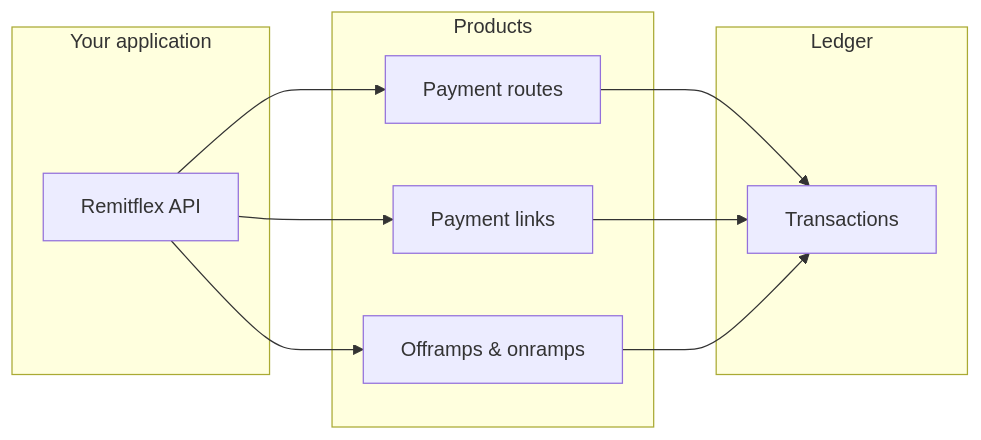
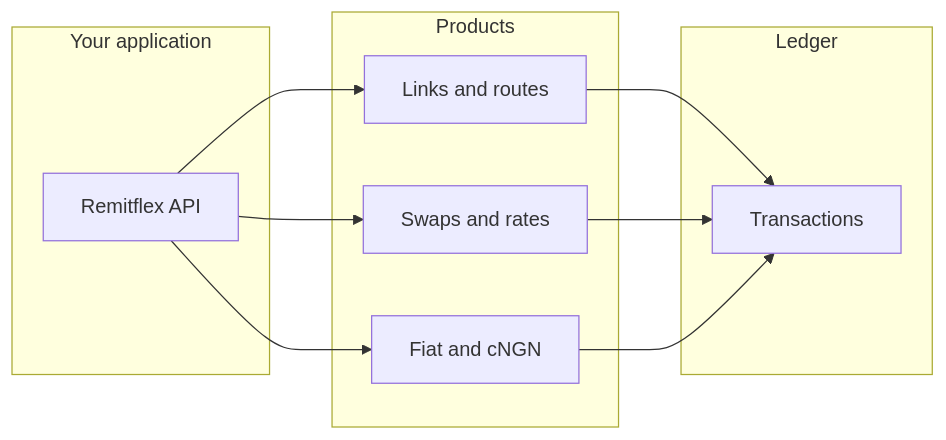
The diagram in introduction.mdx (Remitflex/mintlify-docs), drawn with Mermaid before and after one commit. The commit also changed other lines of this file and 19 other files, not shown here.

````diff
--- a/introduction.mdx
+++ b/introduction.mdx
@@ -61,20 +50,20 @@
 ```mermaid
 flowchart LR
   subgraph YourApp["Your application"]
     API[Remitflex API]
   end
   subgraph Products["Products"]
-    Routes[Payment routes]
-    Links[Payment links]
-    Fiat[Offramps & onramps]
+    Collect[Links and routes]
+    Convert[Swaps and rates]
+    Local[Fiat and cNGN]
   end
   subgraph Ledger["Ledger"]
     Tx[Transactions]
   end
-  API --> Routes
-  API --> Links
-  API --> Fiat
-  Routes --> Tx
-  Links --> Tx
-  Fiat --> Tx
+  API --> Collect
+  API --> Convert
+  API --> Local
+  Collect --> Tx
+  Convert --> Tx
+  Local --> Tx
 ```
````
